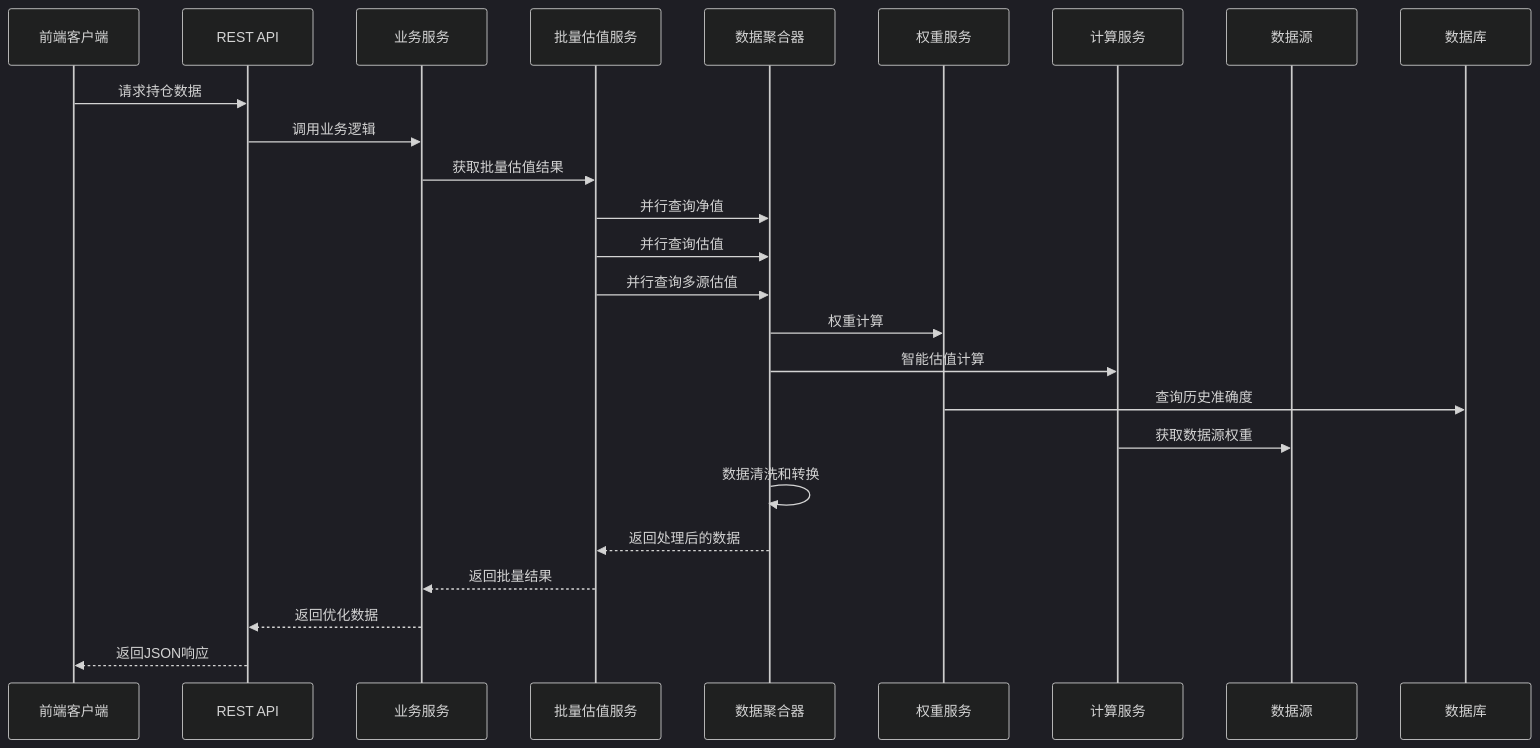
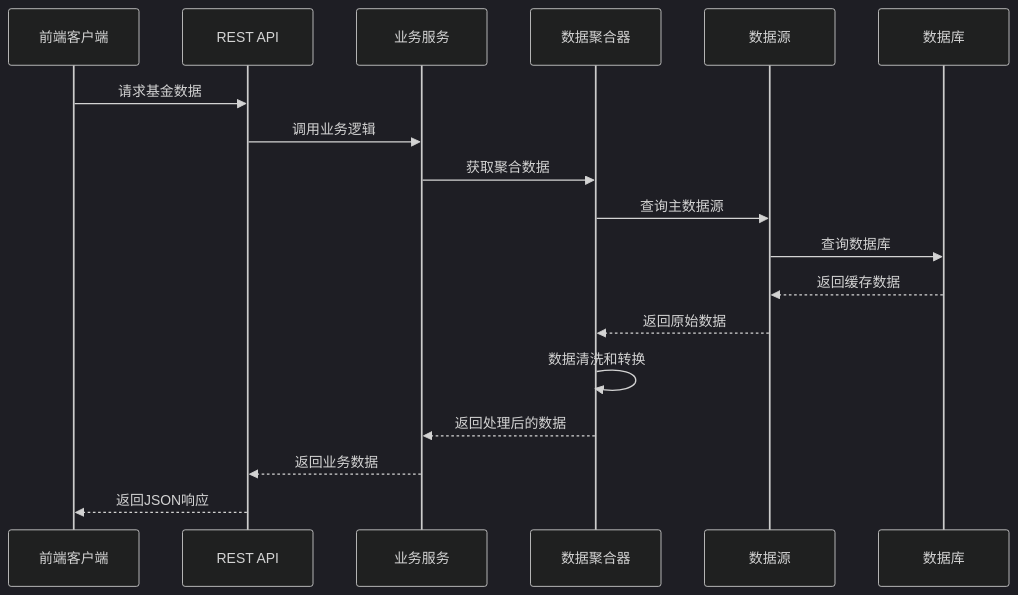
One commit to gree-coder/fund-butler changed the tenth of 11 diagrams in .qoder/repowiki/zh/content/核心功能开发/实时市场数据可视化.md. Above: the diagram before and after it, drawn with Mermaid (dark theme). The commit also changed other lines of this file and 21 other files, not shown here.

````diff
--- a/.qoder/repowiki/zh/content/核心功能开发/实时市场数据可视化.md
+++ b/.qoder/repowiki/zh/content/核心功能开发/实时市场数据可视化.md
@@ -453,27 +456,20 @@
 ```mermaid
 sequenceDiagram
 participant Client as 前端客户端
 participant API as REST API
 participant Service as 业务服务
-participant BatchService as 批量估值服务
 participant Aggregator as 数据聚合器
-participant WeightService as 权重服务
-participant CalcService as 计算服务
 participant DataSource as 数据源
 participant DB as 数据库
-Client->>API : 请求持仓数据
+Client->>API : 请求基金数据
 API->>Service : 调用业务逻辑
-Service->>BatchService : 获取批量估值结果
-BatchService->>Aggregator : 并行查询净值
-BatchService->>Aggregator : 并行查询估值
-BatchService->>Aggregator : 并行查询多源估值
-Aggregator->>WeightService : 权重计算
-Aggregator->>CalcService : 智能估值计算
-WeightService->>DB : 查询历史准确度
-CalcService->>DataSource : 获取数据源权重
+Service->>Aggregator : 获取聚合数据
+Aggregator->>DataSource : 查询主数据源
+DataSource->>DB : 查询数据库
+DB-->>DataSource : 返回缓存数据
+DataSource-->>Aggregator : 返回原始数据
 Aggregator->>Aggregator : 数据清洗和转换
-Aggregator-->>BatchService : 返回处理后的数据
-BatchService-->>Service : 返回批量结果
-Service-->>API : 返回优化数据
+Aggregator-->>Service : 返回处理后的数据
+Service-->>API : 返回业务数据
 API-->>Client : 返回JSON响应
 ```
````
